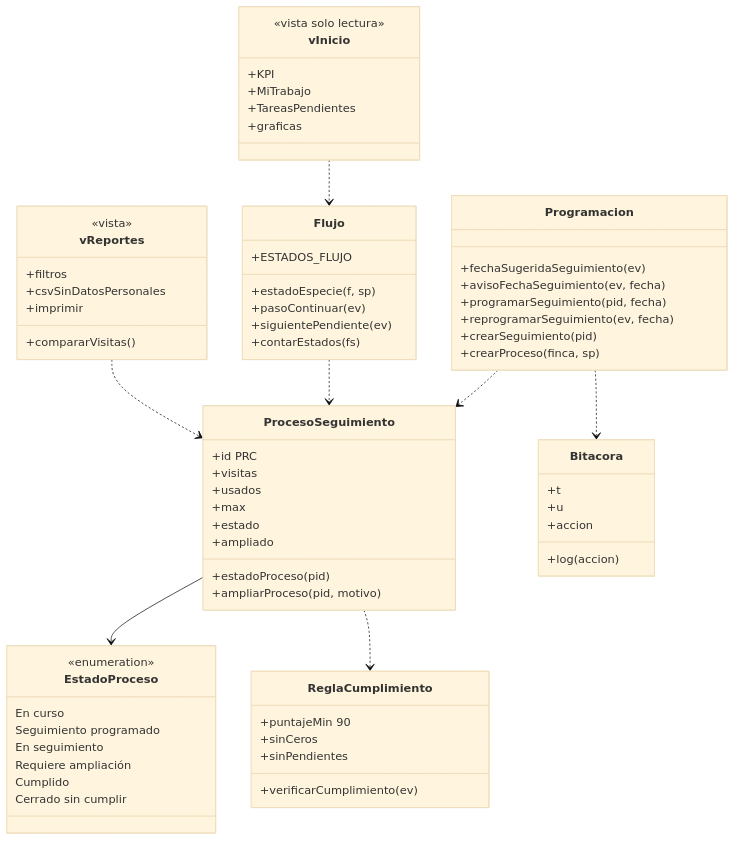
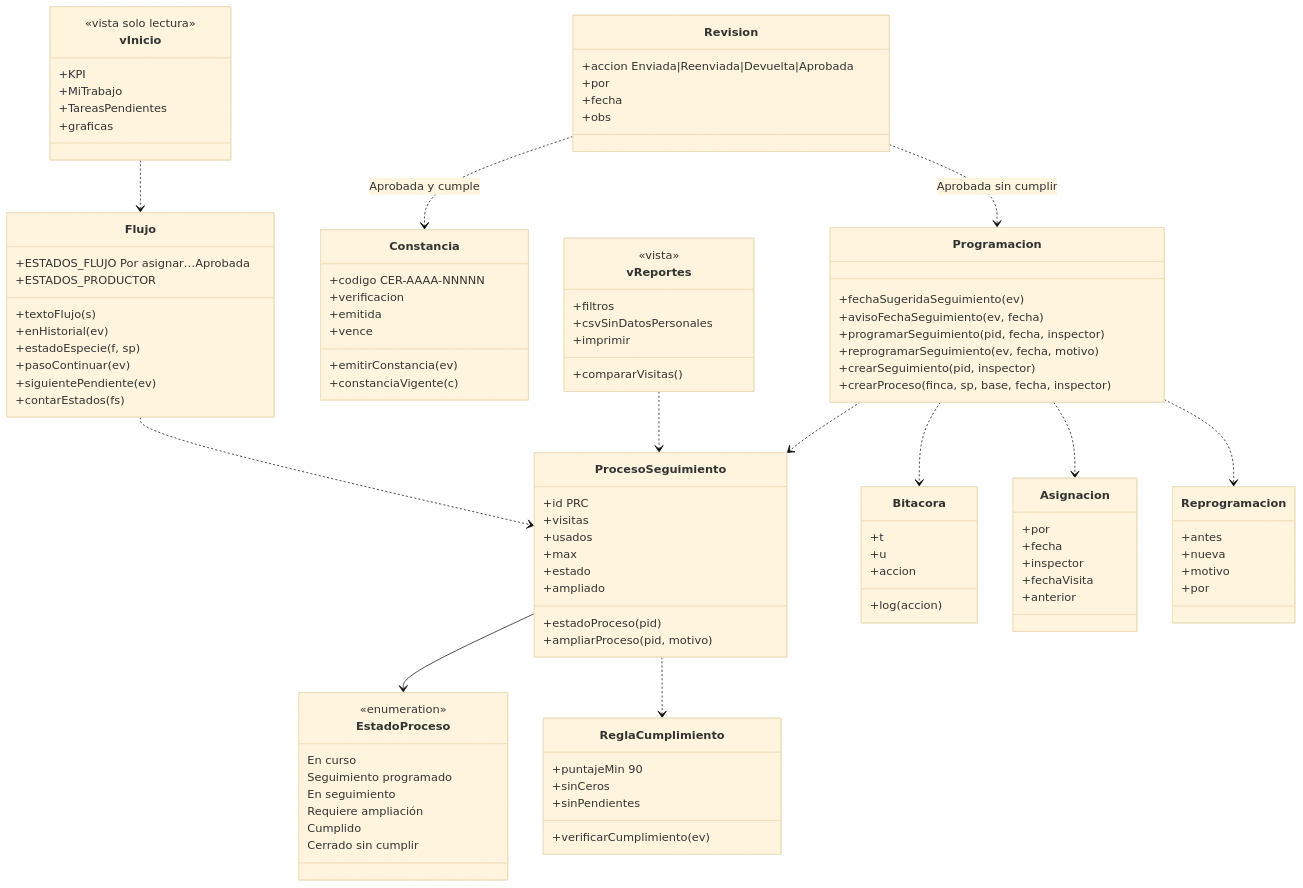
The diagram in codigo/docs/uml/fuentes/cls_6_seguimiento_reportes.mmd (luisalejandroavilacastillo-stack/EBA_Cuac_Cuac), drawn with Mermaid (base theme) before and after one commit. The commit also changed 388 other files, not shown here.

```diff
--- a/codigo/docs/uml/fuentes/cls_6_seguimiento_reportes.mmd
+++ b/codigo/docs/uml/fuentes/cls_6_seguimiento_reportes.mmd
@@ -1,69 +1,103 @@
-%% Vista 6 · Seguimiento, reportes y tablero (RF27 a RF36, RF40)
+%% Vista 6 · Asignación, aprobación, seguimiento, constancia, reportes y tablero · v0.25
 classDiagram
   class ProcesoSeguimiento {
     +id PRC
     +visitas
     +usados
     +max
     +estado
     +ampliado
     +estadoProceso(pid)
     +ampliarProceso(pid, motivo)
   }
   class EstadoProceso {
     <<enumeration>>
     En curso
     Seguimiento programado
     En seguimiento
     Requiere ampliación
     Cumplido
     Cerrado sin cumplir
   }
   class ReglaCumplimiento {
     +puntajeMin 90
     +sinCeros
     +sinPendientes
     +verificarCumplimiento(ev)
   }
   class Programacion {
     +fechaSugeridaSeguimiento(ev)
     +avisoFechaSeguimiento(ev, fecha)
-    +programarSeguimiento(pid, fecha)
-    +reprogramarSeguimiento(ev, fecha)
-    +crearSeguimiento(pid)
-    +crearProceso(finca, sp)
+    +programarSeguimiento(pid, fecha, inspector)
+    +reprogramarSeguimiento(ev, fecha, motivo)
+    +crearSeguimiento(pid, inspector)
+    +crearProceso(finca, sp, base, fecha, inspector)
   }
   class Flujo {
-    +ESTADOS_FLUJO
+    +ESTADOS_FLUJO Por asignar…Aprobada
+    +ESTADOS_PRODUCTOR
+    +textoFlujo(s)
+    +enHistorial(ev)
     +estadoEspecie(f, sp)
     +pasoContinuar(ev)
     +siguientePendiente(ev)
     +contarEstados(fs)
   }
   class vInicio {
     <<vista solo lectura>>
     +KPI
     +MiTrabajo
     +TareasPendientes
     +graficas
   }
   class vReportes {
     <<vista>>
     +filtros
     +csvSinDatosPersonales
     +imprimir
     +compararVisitas()
   }
+  class Asignacion {
+    +por
+    +fecha
+    +inspector
+    +fechaVisita
+    +anterior
+  }
+  class Revision {
+    +accion Enviada|Reenviada|Devuelta|Aprobada
+    +por
+    +fecha
+    +obs
+  }
+  class Reprogramacion {
+    +antes
+    +nueva
+    +motivo
+    +por
+  }
+  class Constancia {
+    +codigo CER-AAAA-NNNNN
+    +verificacion
+    +emitida
+    +vence
+    +emitirConstancia(ev)
+    +constanciaVigente(c)
+  }
   class Bitacora {
     +t
     +u
     +accion
     +log(accion)
   }
   ProcesoSeguimiento --> EstadoProceso
   ProcesoSeguimiento ..> ReglaCumplimiento
   Programacion ..> ProcesoSeguimiento
   Programacion ..> Bitacora
   Flujo ..> ProcesoSeguimiento
   vInicio ..> Flujo
   vReportes ..> ProcesoSeguimiento
+  Programacion ..> Asignacion
+  Programacion ..> Reprogramacion
+  Revision ..> Constancia : Aprobada y cumple
+  Revision ..> Programacion : Aprobada sin cumplir
```
